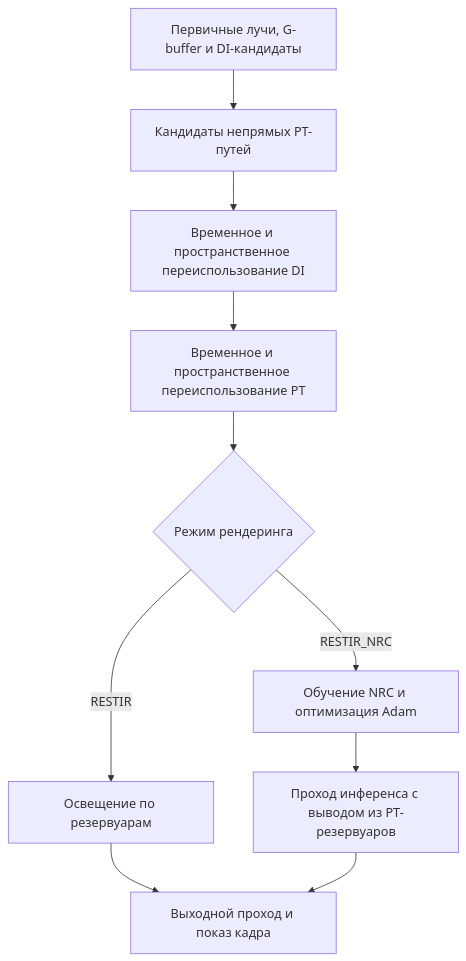
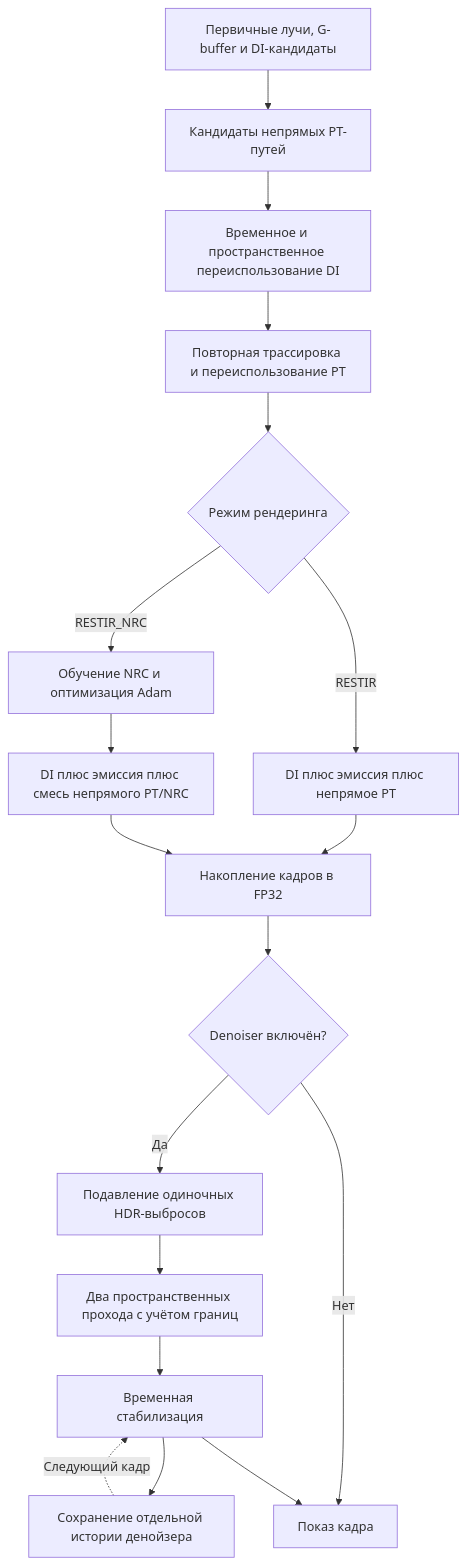
Before and after one commit to collateraris/VulkanLearn2: the diagram in README.ru.md, drawn with Mermaid. The commit also changed other lines of this file and 93 other files, not shown here.

````diff
--- a/README.ru.md
+++ b/README.ru.md
@@ -161,12 +247,20 @@
 ```mermaid
 flowchart TD
     A[Первичные лучи, G-buffer и DI-кандидаты] --> B[Кандидаты непрямых PT-путей]
     B --> C[Временное и пространственное переиспользование DI]
-    C --> D[Временное и пространственное переиспользование PT]
+    C --> D[Повторная трассировка и переиспользование PT]
     D --> E{Режим рендеринга}
-    E -->|RESTIR| F[Освещение по резервуарам]
+    E -->|RESTIR| F[DI плюс эмиссия плюс непрямое PT]
     E -->|RESTIR_NRC| G[Обучение NRC и оптимизация Adam]
-    G --> H[Проход инференса с выводом из PT-резервуаров]
-    F --> I[Выходной проход и показ кадра]
+    G --> H[DI плюс эмиссия плюс смесь непрямого PT/NRC]
+    F --> I[Накопление кадров в FP32]
     H --> I
+    I --> J{Denoiser включён?}
+    J -->|Да| K[Подавление одиночных HDR-выбросов]
+    J -->|Нет| L[Показ кадра]
+    K --> M[Два пространственных прохода с учётом границ]
+    M --> N[Временная стабилизация]
+    N --> O[Сохранение отдельной истории денойзера]
+    O -.->|Следующий кадр| N
+    N --> L
 ```
````
